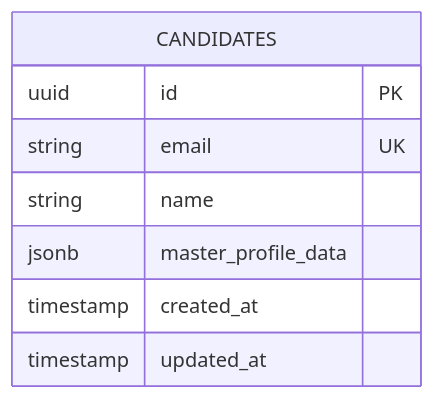
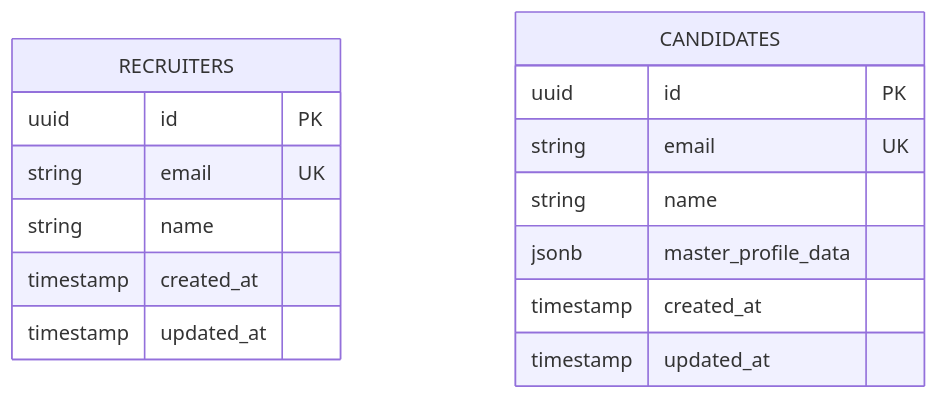
The first of 5 diagrams in docs/DATABASE.md (afnan-emumba/smart-hire), drawn with Mermaid before and after one commit. The commit also changed other lines of this file and 84 other files, not shown here.

````diff
--- a/docs/DATABASE.md
+++ b/docs/DATABASE.md
@@ -35,11 +21,19 @@
 ```mermaid
 erDiagram
+    RECRUITERS {
+        uuid id PK
+        string email UK
+        string name
+        timestamp created_at
+        timestamp updated_at
+    }
+
     CANDIDATES {
         uuid id PK
         string email UK
         string name
         jsonb master_profile_data
         timestamp created_at
         timestamp updated_at
     }
 ```
````
